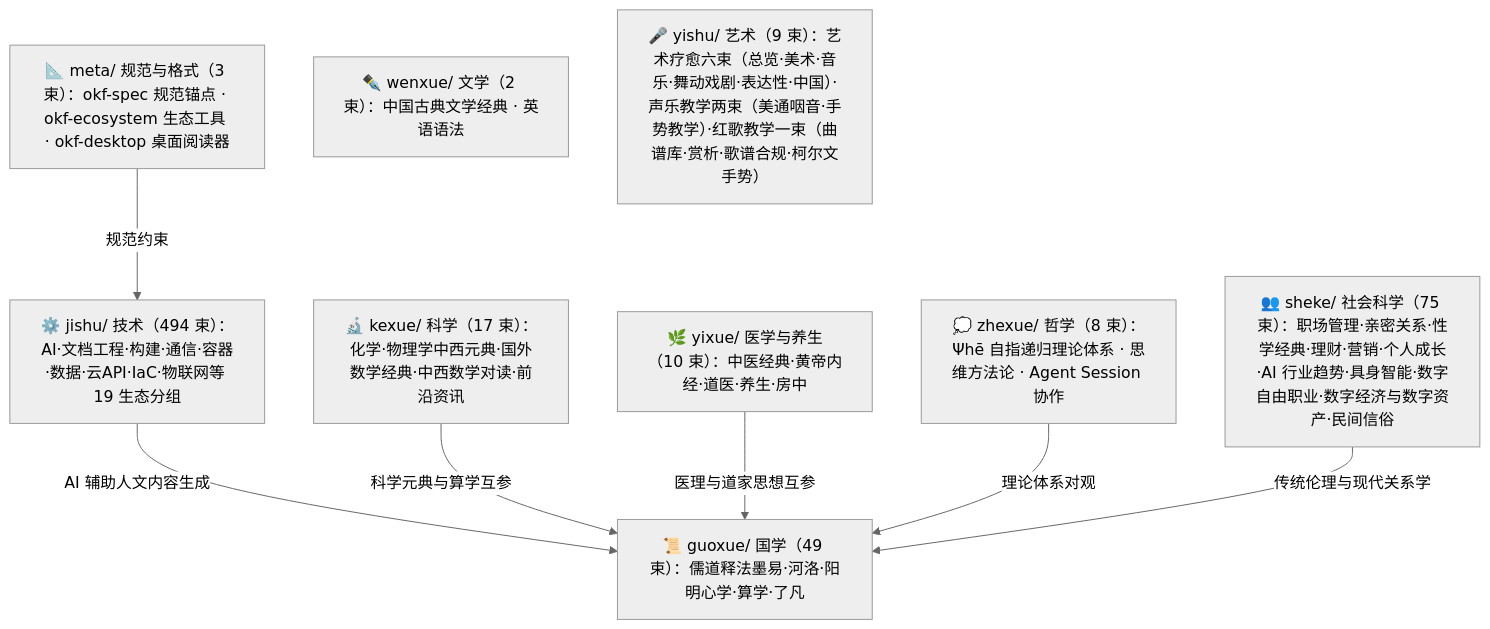
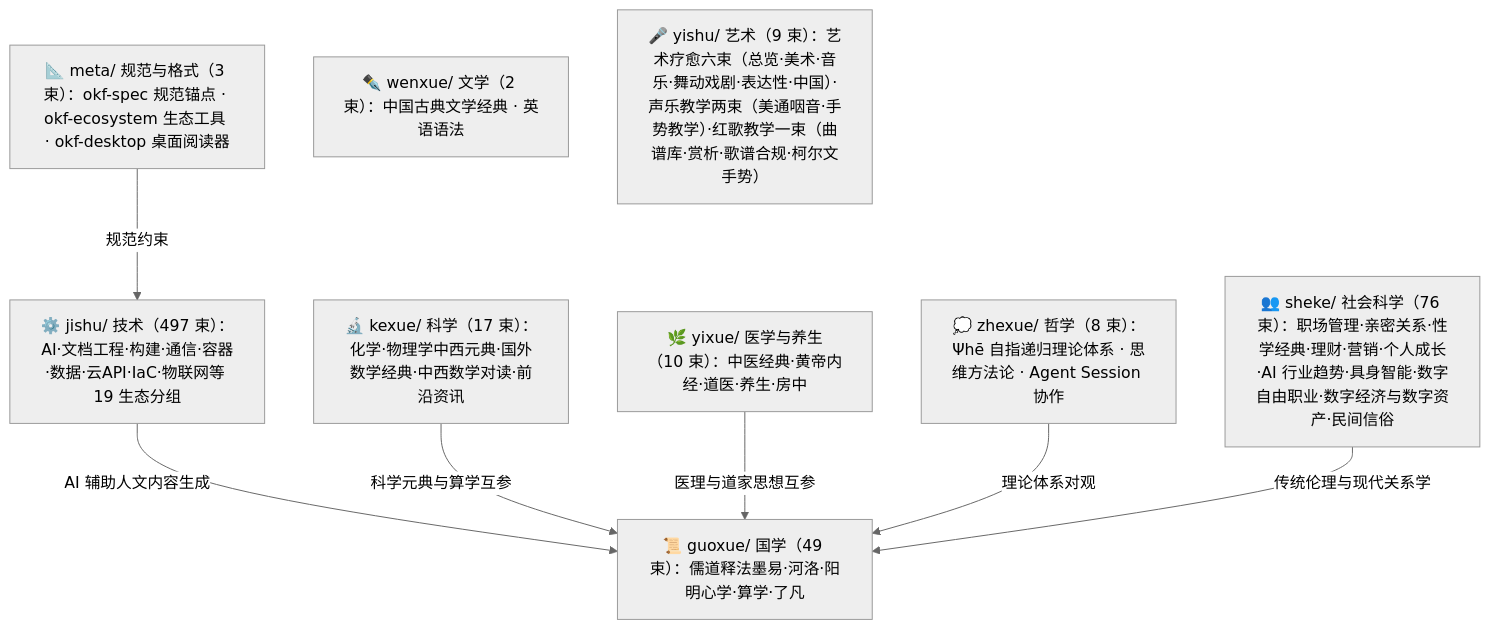
Before and after one commit to awesome-flexloop/awesome-okf: the diagram in doc/bundles/index.md, drawn with Mermaid (neutral theme). The commit also changed other lines of this file and 96 other files, not shown here.

````diff
--- a/doc/bundles/index.md
+++ b/doc/bundles/index.md
@@ -21,18 +21,18 @@
 ```mermaid
 flowchart TD
     meta["📐 meta/ 规范与格式（3 束）：okf-spec 规范锚点 · okf-ecosystem 生态工具 · okf-desktop 桌面阅读器"]
     guoxue["📜 guoxue/ 国学（49 束）：儒道释法墨易·河洛·阳明心学·算学·了凡"]
     zhexue["💭 zhexue/ 哲学（8 束）：Ψhē 自指递归理论体系 · 思维方法论 · Agent Session 协作"]
     kexue["🔬 kexue/ 科学（17 束）：化学·物理学中西元典·国外数学经典·中西数学对读·前沿资讯"]
     wenxue["✒️ wenxue/ 文学（2 束）：中国古典文学经典 · 英语语法"]
     yixue["🌿 yixue/ 医学与养生（10 束）：中医经典·黄帝内经·道医·养生·房中"]
-    sheke["👥 sheke/ 社会科学（75 束）：职场管理·亲密关系·性学经典·理财·营销·个人成长·AI 行业趋势·具身智能·数字自由职业·数字经济与数字资产·民间信俗"]
+    sheke["👥 sheke/ 社会科学（76 束）：职场管理·亲密关系·性学经典·理财·营销·个人成长·AI 行业趋势·具身智能·数字自由职业·数字经济与数字资产·民间信俗"]
     yishu["🎤 yishu/ 艺术（9 束）：艺术疗愈六束（总览·美术·音乐·舞动戏剧·表达性·中国）·声乐教学两束（美通咽音·手势教学）·红歌教学一束（曲谱库·赏析·歌谱合规·柯尔文手势）"]
-    jishu["⚙️ jishu/ 技术（494 束）：AI·文档工程·构建·通信·容器·数据·云API·IaC·物联网等 19 生态分组"]
+    jishu["⚙️ jishu/ 技术（497 束）：AI·文档工程·构建·通信·容器·数据·云API·IaC·物联网等 19 生态分组"]
     meta -->|"规范约束"| jishu
     jishu -->|"AI 辅助人文内容生成"| guoxue
     kexue -->|"科学元典与算学互参"| guoxue
     yixue -->|"医理与道家思想互参"| guoxue
     zhexue -->|"理论体系对观"| guoxue
     sheke -->|"传统伦理与现代关系学"| guoxue
 ```
````
